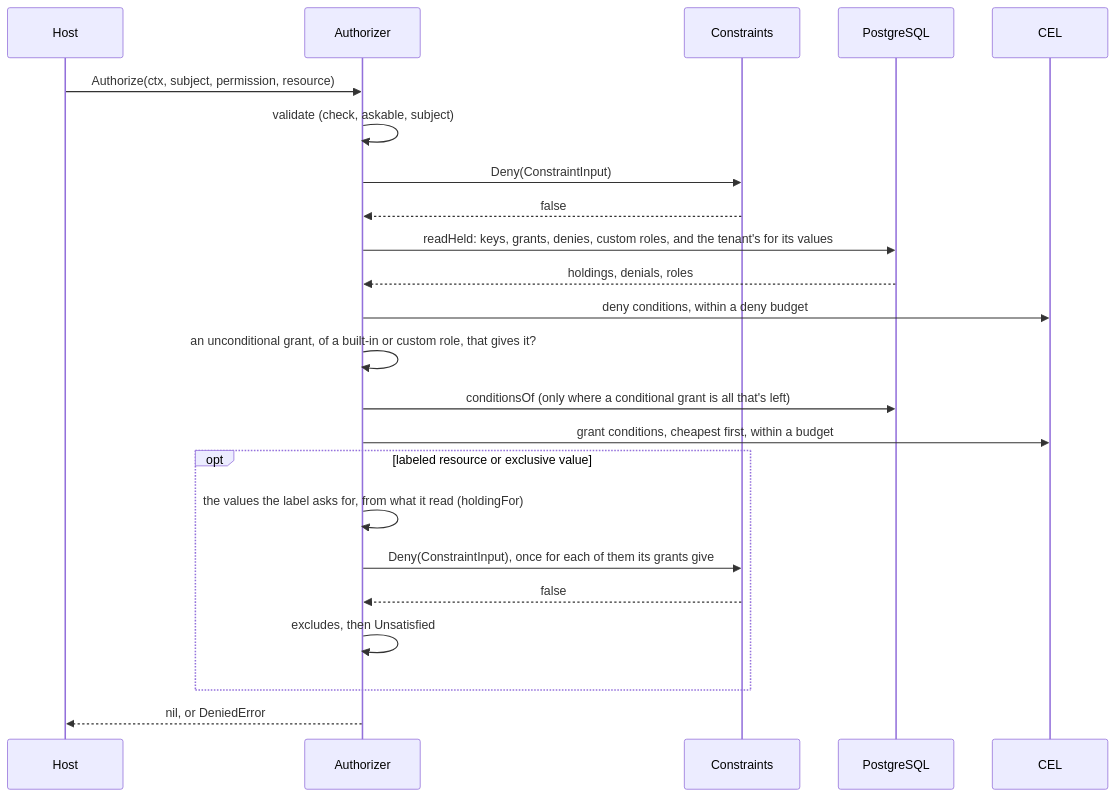
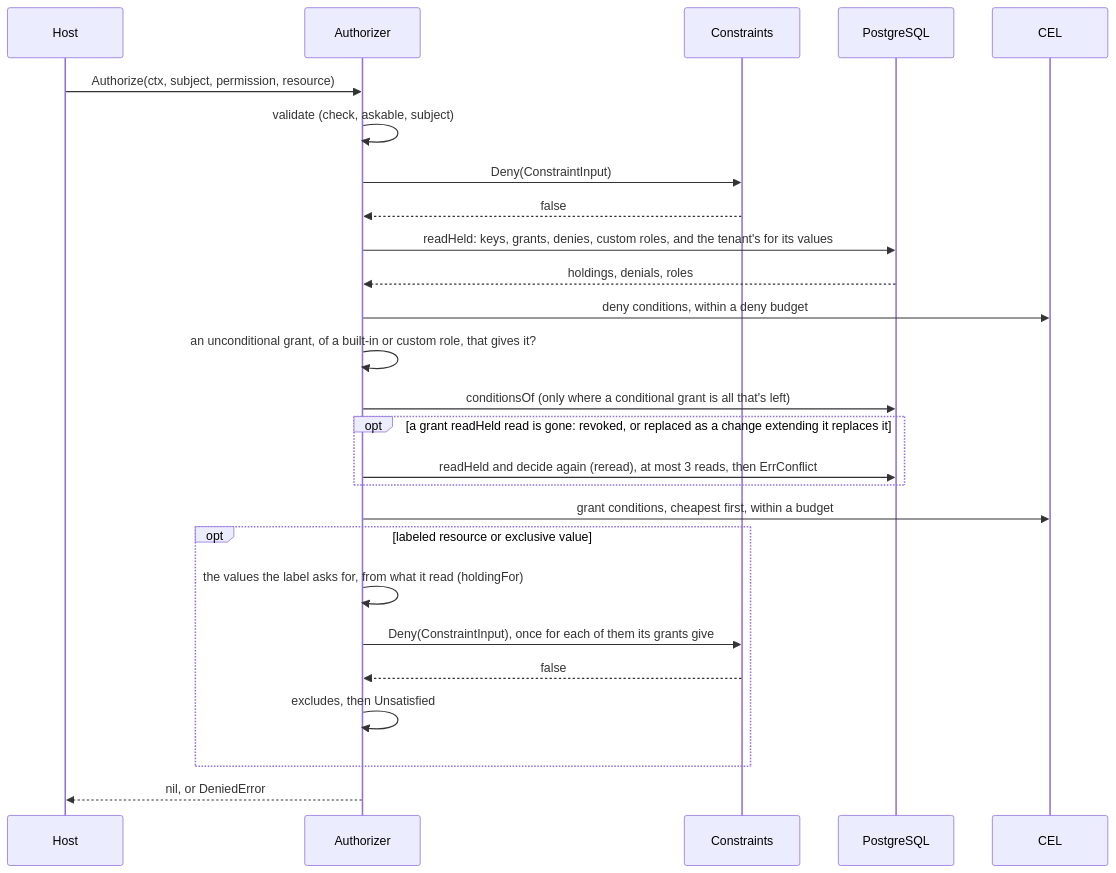
The seventh of 14 diagrams in docs/architecture.md (parallelworks/rbac), drawn with Mermaid before and after one commit. The commit also changed other lines of this file and 2 other files, not shown here.

Commit message:
docs: a check reads a grant gone before its condition was read again, and a change refuses as a conflict

````diff
--- a/docs/architecture.md
+++ b/docs/architecture.md
@@ -590,25 +590,28 @@
 ```mermaid
 sequenceDiagram
     participant H as Host
     participant A as Authorizer
     participant C as Constraints
     participant DB as PostgreSQL
     participant E as CEL
     H->>A: Authorize(ctx, subject, permission, resource)
     A->>A: validate (check, askable, subject)
     A->>C: Deny(ConstraintInput)
     C-->>A: false
     A->>DB: readHeld: keys, grants, denies, custom roles, and the tenant's for its values
     DB-->>A: holdings, denials, roles
     A->>E: deny conditions, within a deny budget
     A->>A: an unconditional grant, of a built-in or custom role, that gives it?
     A->>DB: conditionsOf (only where a conditional grant is all that's left)
+    opt a grant readHeld read is gone: revoked, or replaced as a change extending it replaces it
+        A->>DB: readHeld and decide again (reread), at most 3 reads, then ErrConflict
+    end
     A->>E: grant conditions, cheapest first, within a budget
     opt labeled resource or exclusive value
         A->>A: the values the label asks for, from what it read (holdingFor)
         A->>C: Deny(ConstraintInput), once for each of them its grants give
         C-->>A: false
         A->>A: excludes, then Unsatisfied
     end
     A-->>H: nil, or DeniedError
 ```
````
